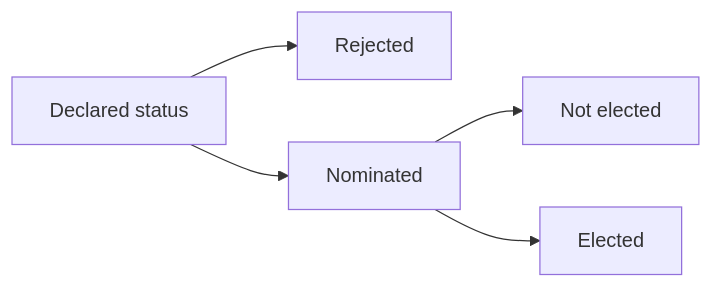
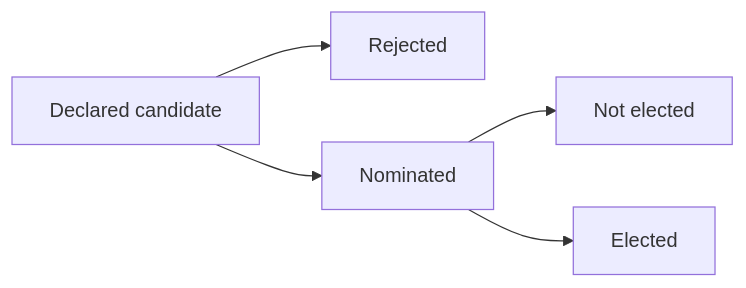
Before and after one commit to mozaik-association/mozaik: the diagram in docs/9Mandats-module.md, drawn with Mermaid. The commit also changed other lines of this file and 4 other files, not shown here.

````diff
--- a/docs/9Mandats-module.md
+++ b/docs/9Mandats-module.md
@@ -42,7 +37,7 @@
 ``` mermaid
 graph LR
-  A[Declared status] --> B[Rejected];
+  A[Declared candidate] --> B[Rejected];
   A --> C[Nominated];
   C --> D[Not elected];
   C --> E[Elected];
 ```
````
